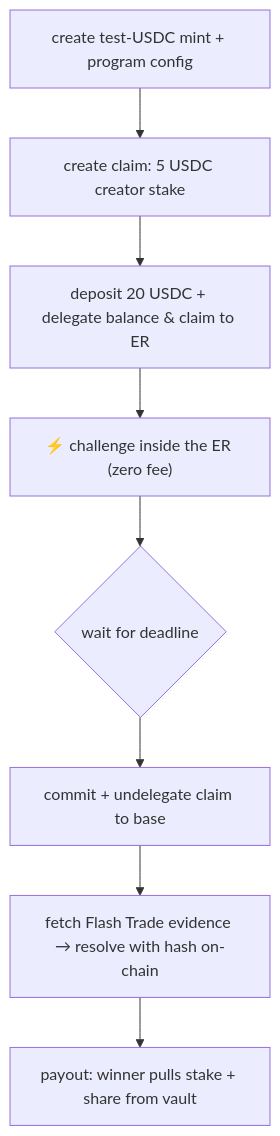
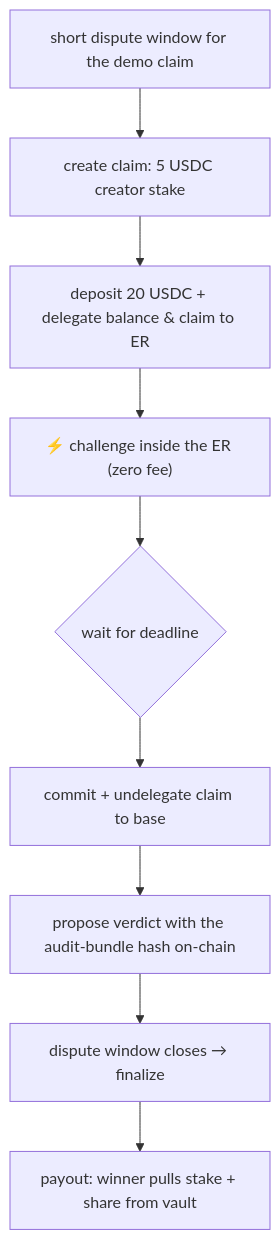
The fifth of 6 diagrams in README.md (enliven17/mimir-markets), drawn with Mermaid before and after one commit. The commit also changed other lines of this file and 4 other files, not shown here.

Commit message:
docs: bring the readme, docs page, solana and council docs in line with the v3 propose-dispute-finalize flow, the 20-persona council, ansem markets and the single railway service

````diff
--- a/README.md
+++ b/README.md
@@ -375,10 +376,11 @@
 ```mermaid
 flowchart TB
-    A[create test-USDC mint + program config] --> B[create claim: 5 USDC creator stake]
+    A[short dispute window for the demo claim] --> B[create claim: 5 USDC creator stake]
     B --> C[deposit 20 USDC + delegate balance & claim to ER]
     C --> D["⚡ challenge inside the ER (zero fee)"]
     D --> E{wait for deadline}
     E --> F[commit + undelegate claim to base]
-    F --> G[fetch Flash Trade evidence → resolve with hash on-chain]
-    G --> H[payout: winner pulls stake + share from vault]
+    F --> G[propose verdict with the audit-bundle hash on-chain]
+    G --> G2[dispute window closes → finalize]
+    G2 --> H[payout: winner pulls stake + share from vault]
 ```
````
